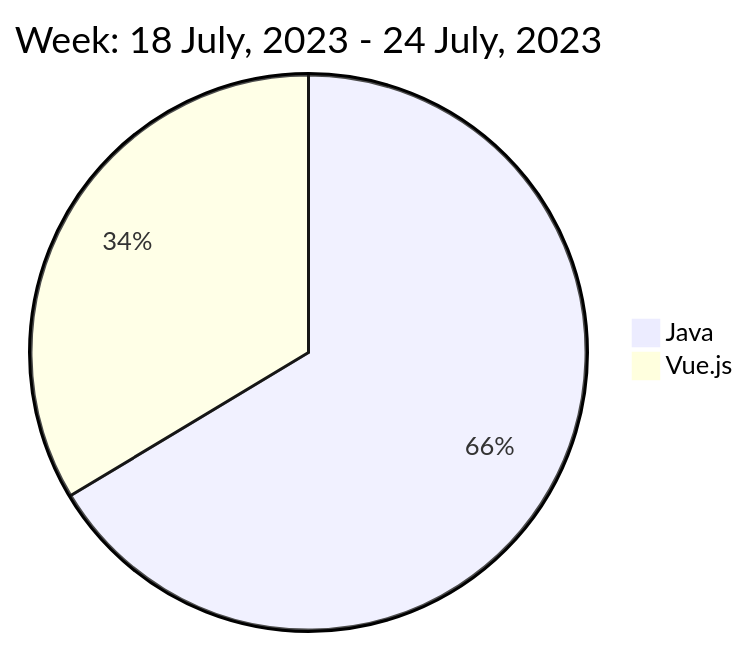
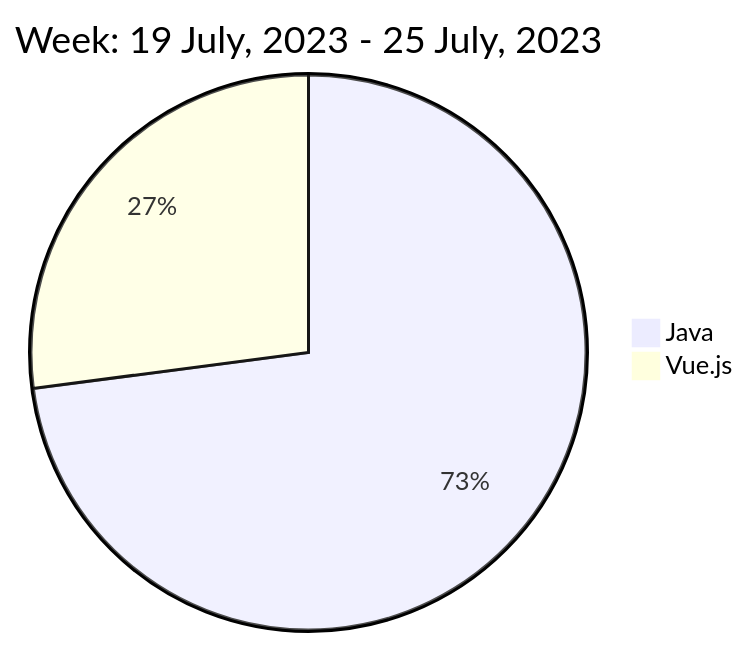
Before and after one commit to liubin95/liubin95: the diagram in README.md, drawn with Mermaid.

Commit message:
Updated the Graph with new Metrics

````diff
--- a/README.md
+++ b/README.md
@@ -40,6 +40,6 @@
 ```mermaid
  pie
-title Week: 18 July, 2023 - 24 July, 2023
- "Java" : 3.85
- "Vue.js" : 1.95
+title Week: 19 July, 2023 - 25 July, 2023
+ "Java" : 4.77
+ "Vue.js" : 1.77
 ```
````
